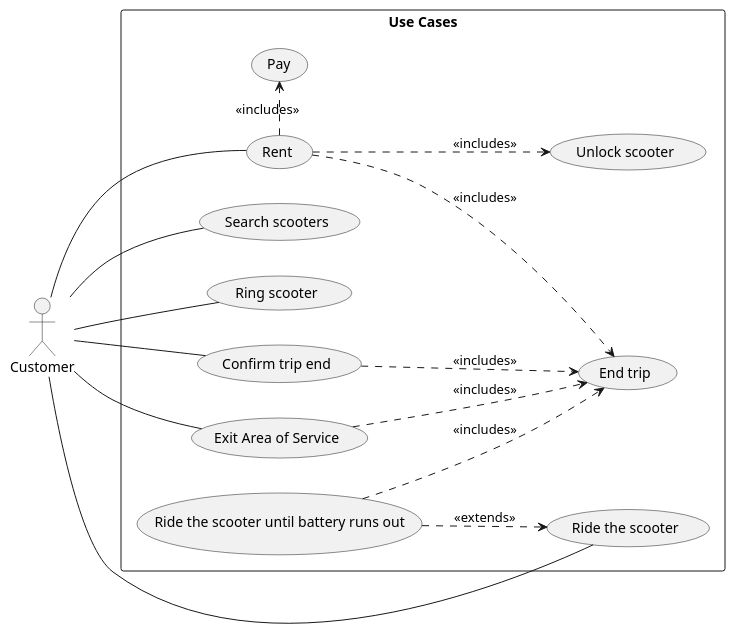
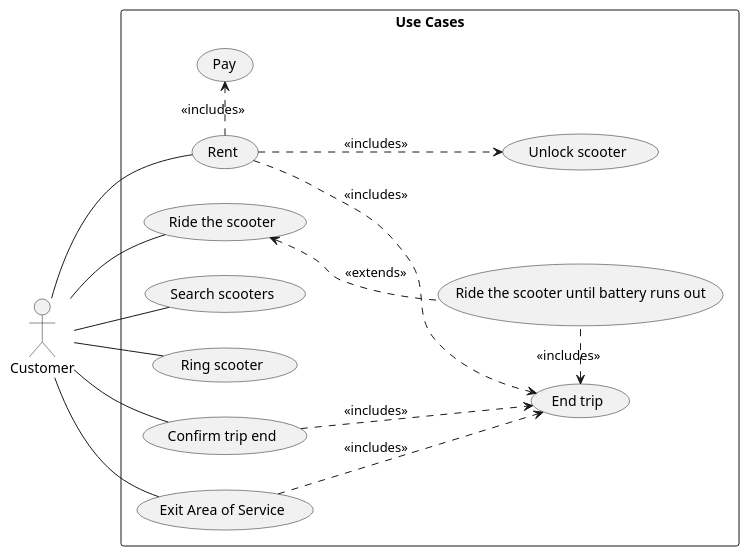
Before and after one commit to e-scooter-2077/documentation: the diagram in Use Cases.md, drawn with PlantUML.

Commit message:
Improve use cases layout

````diff
--- a/Use Cases.md
+++ b/Use Cases.md
@@ -43,32 +43,32 @@
 ```plantuml
 @startuml
 left to right direction
 actor "Customer" as c
 rectangle "Use Cases" {
     usecase "Rent" as rent
     usecase "Pay" as pay
     usecase "Search scooters" as search 
     usecase "Ring scooter" as ring
     usecase "Unlock scooter" as unlock
     usecase "Confirm trip end" as confirm_end
     usecase "End trip" as end_trip
     usecase "Exit Area of Service" as exit_area
     usecase "Ride the scooter" as ride
     usecase "Ride the scooter until battery runs out" as ride_lot
     confirm_end .down.> end_trip : <<includes>>
     exit_area .down.> end_trip : <<includes>>
-    ride_lot .down.> ride : <<extends>>
-    ride_lot .down.> end_trip : <<includes>>
+    ride_lot .up.> ride : <<extends>>
+    ride_lot .left.> end_trip : <<includes>>
     rent .down.> unlock : <<includes>>
     rent .down.> end_trip : <<includes>>
     rent .> pay : <<includes>>
 }
 c -- search
 c -- ring
 c -- rent
 c -- confirm_end
 c -- exit_area
 c -- ride
 
 @enduml
 ```
````
